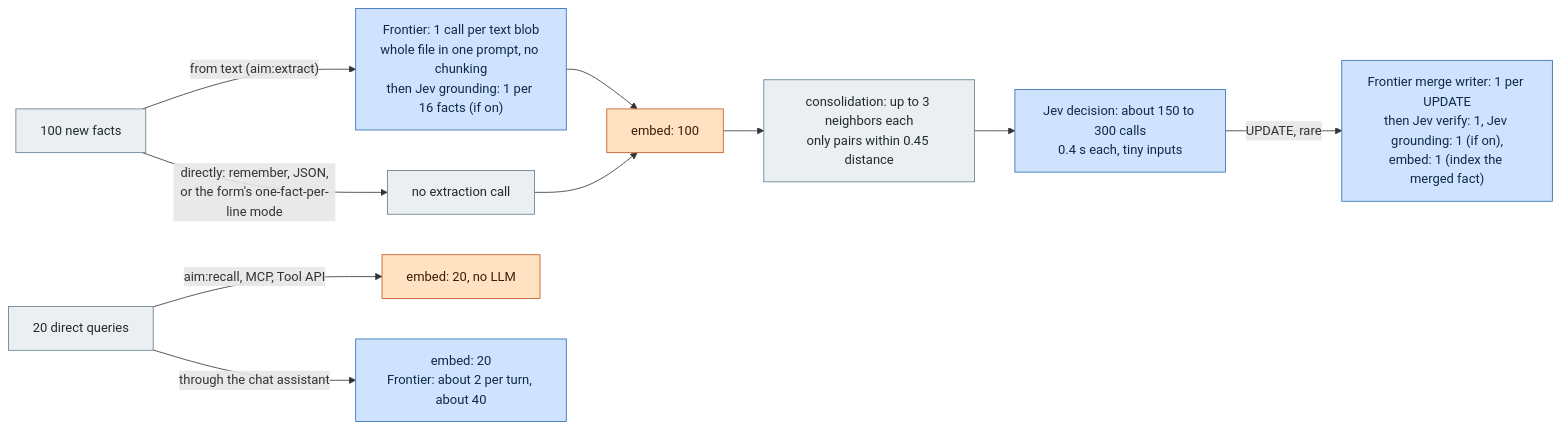
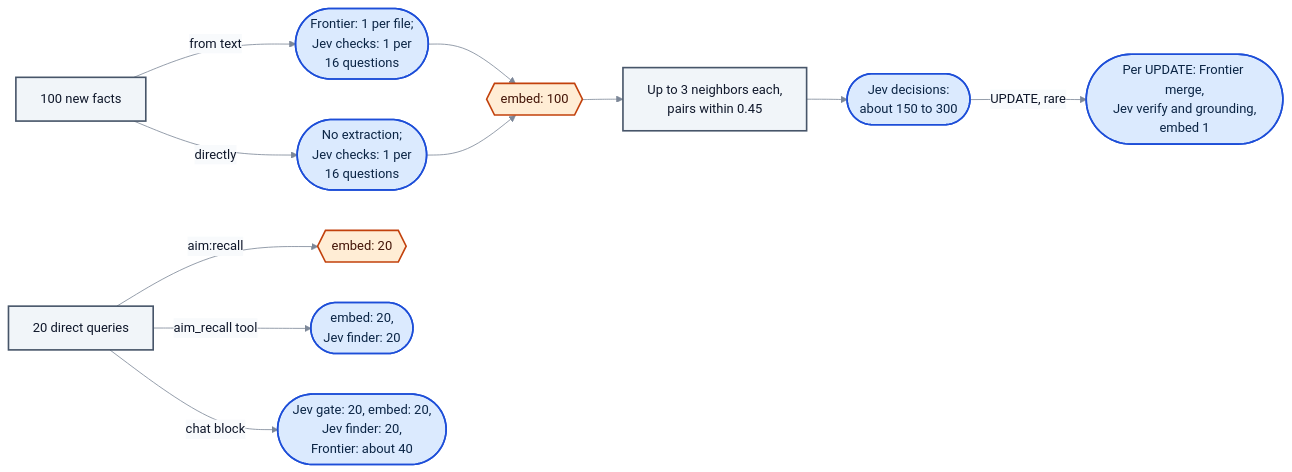
One commit to NikLP/aim changed the fourth of 7 diagrams in adr/workflow-diagram.md. Above: the diagram before and after it, drawn with Mermaid. The commit also changed other lines of this file and 30 other files, not shown here.

Commit message:
Move finder calls to internal in AIM (no longer model's choice) Pass the date to models, date handling Workflow diagrams...

````diff
--- a/adr/workflow-diagram.md
+++ b/adr/workflow-diagram.md
@@ -309,20 +469,31 @@
 ```mermaid
+%%{init: {"theme": "base", "flowchart": {"useMaxWidth": false}, "themeCSS": ".nodeLabel p{margin:0}", "themeVariables": {"fontSize": "16px", "lineColor": "#7c8798", "textColor": "#0f172a", "primaryTextColor": "#0f172a", "edgeLabelBackground": "#f8fafc"}}}%%
 flowchart LR
-  classDef llm fill:#cfe3ff,stroke:#2b6cb0,color:#102a43
-  classDef vec fill:#ffe2c2,stroke:#c05621,color:#3d1f00
-  classDef code fill:#eceff1,stroke:#607d8b,color:#1f2a30
+  accTitle: Calls per round
+  accDescr: For 100 new facts and 20 queries, extraction costs one frontier call per file, the grounded and time checks one Jev call per 16 questions, consolidation about 150 to 300 Jev decisions with a rare frontier merge, and each fact and query one embedding. Queries through the aim_recall tool add a Jev finder call, and chat turns add the gate and about two frontier calls each.
+  classDef llm fill:#dbeafe,stroke:#1d4ed8,stroke-width:2px,color:#0b2545
+  classDef vec fill:#ffedd5,stroke:#c2410c,stroke-width:2px,color:#431407
+  classDef code fill:#f1f5f9,stroke:#475569,stroke-width:2px,color:#0f172a
 
   IN100["100 new facts"]:::code
   Q20["20 direct queries"]:::code
+  EX(["Frontier: 1 per file;<br/>Jev checks: 1 per<br/>16 questions"]):::llm
+  NOEX(["No extraction;<br/>Jev checks: 1 per<br/>16 questions"]):::llm
+  EMB1{{"embed: 100"}}:::vec
+  CONS["Up to 3 neighbors each,<br/>pairs within 0.45"]:::code
+  JEV(["Jev decisions:<br/>about 150 to 300"]):::llm
+  MERGE(["Per UPDATE: Frontier merge,<br/>Jev verify and grounding,<br/>embed 1"]):::llm
+  QR{{"embed: 20"}}:::vec
+  QT(["embed: 20,<br/>Jev finder: 20"]):::llm
+  QC(["Jev gate: 20, embed: 20,<br/>Jev finder: 20,<br/>Frontier: about 40"]):::llm
 
-  IN100 -->|"from text (aim:extract)"| EX["Frontier: 1 call per text blob<br/>whole file in one prompt, no chunking<br/>then Jev grounding: 1 per 16 facts (if on)"]:::llm
-  IN100 -->|"directly: remember, JSON,<br/>or the form's one-fact-per-line mode"| NOEX["no extraction call"]:::code
-  EX --> EMB1["embed: 100"]:::vec
+  IN100 -->|"from text"| EX
+  IN100 -->|"directly"| NOEX
+  EX --> EMB1
   NOEX --> EMB1
-  EMB1 --> CONS["consolidation: up to 3 neighbors each<br/>only pairs within 0.45 distance"]:::code
-  CONS --> JEV["Jev decision: about 150 to 300 calls<br/>0.4 s each, tiny inputs"]:::llm
-  JEV -->|"UPDATE, rare"| MERGE["Frontier merge writer: 1 per UPDATE<br/>then Jev verify: 1, Jev grounding: 1 (if on),<br/>embed: 1 (index the merged fact)"]:::llm
-
-  Q20 -->|"aim:recall, MCP, Tool API"| QR["embed: 20, no LLM"]:::vec
-  Q20 -->|"through the chat assistant"| QC["embed: 20<br/>Frontier: about 2 per turn, about 40"]:::llm
+  EMB1 --> CONS --> JEV
+  JEV -->|"UPDATE, rare"| MERGE
+  Q20 -->|"aim:recall"| QR
+  Q20 -->|"aim_recall tool"| QT
+  Q20 -->|"chat block"| QC
 ```
````
